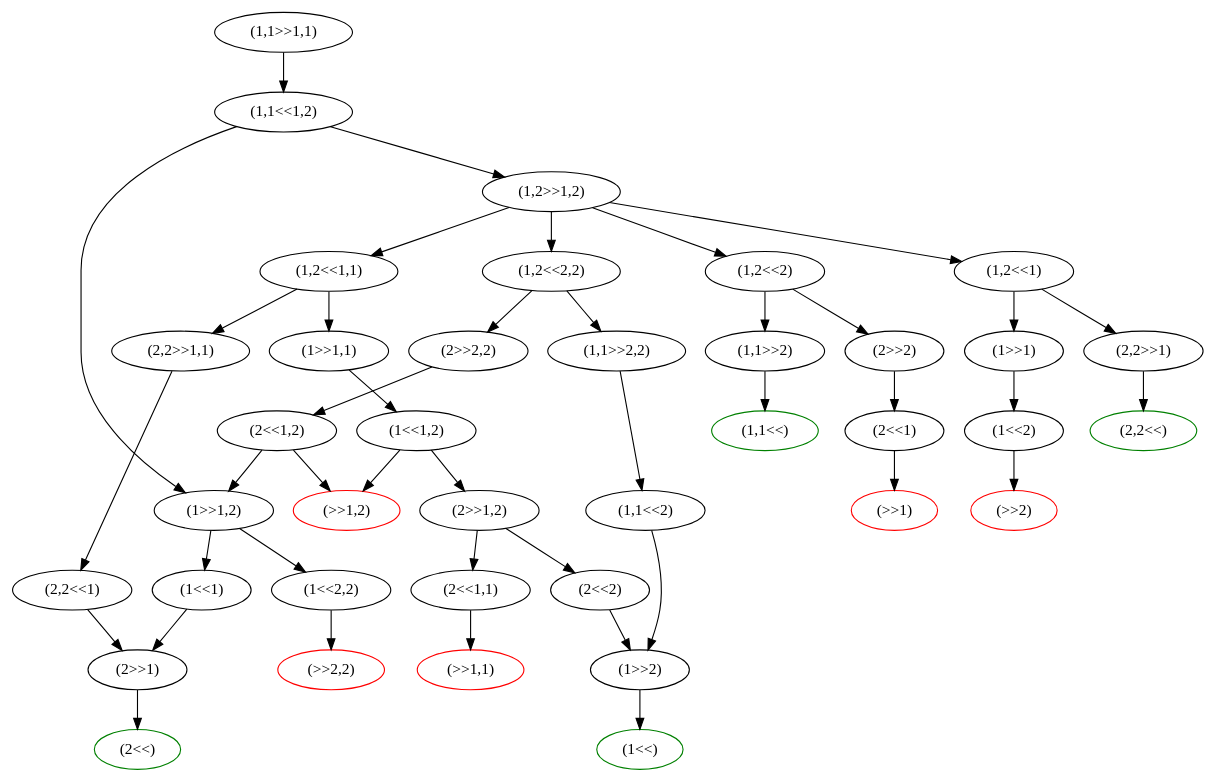
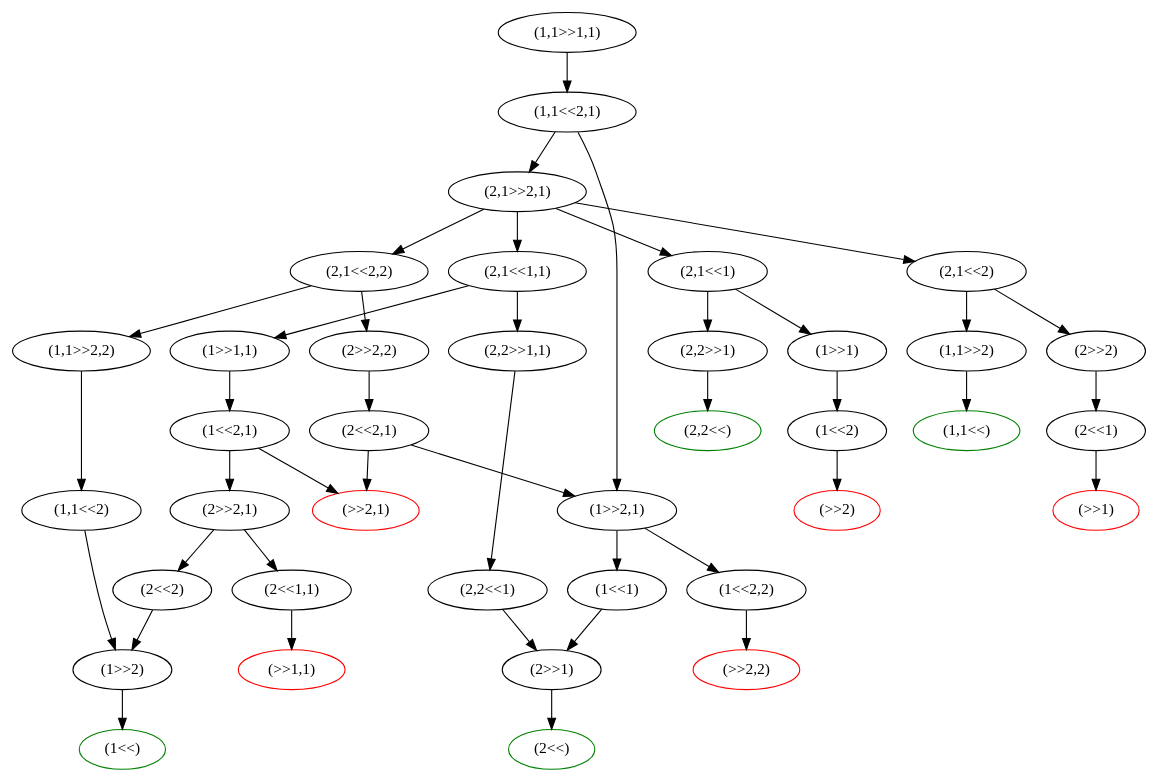
One commit to lnson/chopstix-viz changed the diagram in visualizer/game-state-3.dot. Above: the diagram before and after it, drawn with Graphviz. The commit also changed 4 other files, not shown here.

```diff
--- a/visualizer/game-state-3.dot
+++ b/visualizer/game-state-3.dot
@@ -1,118 +1,118 @@
 digraph {
 	"(1,1>>1,1)" [color=black]
-	"(1,1<<1,2)" [color=black]
-	"(1,1>>1,1)" -> "(1,1<<1,2)"
-	"(1,1<<1,2)" [color=black]
-	"(1>>1,2)" [color=black]
-	"(1,1<<1,2)" -> "(1>>1,2)"
-	"(1,2>>1,2)" [color=black]
-	"(1,1<<1,2)" -> "(1,2>>1,2)"
-	"(1,2>>1,2)" [color=black]
-	"(1,2<<2,2)" [color=black]
-	"(1,2>>1,2)" -> "(1,2<<2,2)"
-	"(1,2<<2)" [color=black]
-	"(1,2>>1,2)" -> "(1,2<<2)"
-	"(1,2<<1)" [color=black]
-	"(1,2>>1,2)" -> "(1,2<<1)"
-	"(1,2<<1,1)" [color=black]
-	"(1,2>>1,2)" -> "(1,2<<1,1)"
-	"(1,2<<1,1)" [color=black]
+	"(1,1<<2,1)" [color=black]
+	"(1,1>>1,1)" -> "(1,1<<2,1)"
+	"(1,1<<2,1)" [color=black]
+	"(2,1>>2,1)" [color=black]
+	"(1,1<<2,1)" -> "(2,1>>2,1)"
+	"(1>>2,1)" [color=black]
+	"(1,1<<2,1)" -> "(1>>2,1)"
+	"(1>>2,1)" [color=black]
+	"(1<<2,2)" [color=black]
+	"(1>>2,1)" -> "(1<<2,2)"
+	"(1<<1)" [color=black]
+	"(1>>2,1)" -> "(1<<1)"
+	"(1<<1)" [color=black]
+	"(2>>1)" [color=black]
+	"(1<<1)" -> "(2>>1)"
+	"(2>>1)" [color=black]
+	"(2<<)" [color=green]
+	"(2>>1)" -> "(2<<)"
+	"(2<<)" [color=green]
+	"(1<<2,2)" [color=black]
+	"(>>2,2)" [color=red]
+	"(1<<2,2)" -> "(>>2,2)"
+	"(>>2,2)" [color=red]
+	"(2,1>>2,1)" [color=black]
+	"(2,1<<1)" [color=black]
+	"(2,1>>2,1)" -> "(2,1<<1)"
+	"(2,1<<2)" [color=black]
+	"(2,1>>2,1)" -> "(2,1<<2)"
+	"(2,1<<1,1)" [color=black]
+	"(2,1>>2,1)" -> "(2,1<<1,1)"
+	"(2,1<<2,2)" [color=black]
+	"(2,1>>2,1)" -> "(2,1<<2,2)"
+	"(2,1<<2,2)" [color=black]
+	"(2>>2,2)" [color=black]
+	"(2,1<<2,2)" -> "(2>>2,2)"
+	"(1,1>>2,2)" [color=black]
+	"(2,1<<2,2)" -> "(1,1>>2,2)"
+	"(1,1>>2,2)" [color=black]
+	"(1,1<<2)" [color=black]
+	"(1,1>>2,2)" -> "(1,1<<2)"
+	"(1,1<<2)" [color=black]
+	"(1>>2)" [color=black]
+	"(1,1<<2)" -> "(1>>2)"
+	"(1>>2)" [color=black]
+	"(1<<)" [color=green]
+	"(1>>2)" -> "(1<<)"
+	"(1<<)" [color=green]
+	"(2>>2,2)" [color=black]
+	"(2<<2,1)" [color=black]
+	"(2>>2,2)" -> "(2<<2,1)"
+	"(2<<2,1)" [color=black]
+	"(>>2,1)" [color=red]
+	"(2<<2,1)" -> "(>>2,1)"
+	"(2<<2,1)" -> "(1>>2,1)"
+	"(>>2,1)" [color=red]
+	"(2,1<<1,1)" [color=black]
+	"(2,2>>1,1)" [color=black]
+	"(2,1<<1,1)" -> "(2,2>>1,1)"
 	"(1>>1,1)" [color=black]
-	"(1,2<<1,1)" -> "(1>>1,1)"
-	"(2,2>>1,1)" [color=black]
-	"(1,2<<1,1)" -> "(2,2>>1,1)"
+	"(2,1<<1,1)" -> "(1>>1,1)"
+	"(1>>1,1)" [color=black]
+	"(1<<2,1)" [color=black]
+	"(1>>1,1)" -> "(1<<2,1)"
+	"(1<<2,1)" [color=black]
+	"(2>>2,1)" [color=black]
+	"(1<<2,1)" -> "(2>>2,1)"
+	"(1<<2,1)" -> "(>>2,1)"
+	"(2>>2,1)" [color=black]
+	"(2<<1,1)" [color=black]
+	"(2>>2,1)" -> "(2<<1,1)"
+	"(2<<2)" [color=black]
+	"(2>>2,1)" -> "(2<<2)"
+	"(2<<2)" [color=black]
+	"(2<<2)" -> "(1>>2)"
+	"(2<<1,1)" [color=black]
+	"(>>1,1)" [color=red]
+	"(2<<1,1)" -> "(>>1,1)"
+	"(>>1,1)" [color=red]
 	"(2,2>>1,1)" [color=black]
 	"(2,2<<1)" [color=black]
 	"(2,2>>1,1)" -> "(2,2<<1)"
 	"(2,2<<1)" [color=black]
-	"(2>>1)" [color=black]
 	"(2,2<<1)" -> "(2>>1)"
-	"(2>>1)" [color=black]
-	"(2<<)" [color=green]
-	"(2>>1)" -> "(2<<)"
-	"(2<<)" [color=green]
-	"(1>>1,1)" [color=black]
-	"(1<<1,2)" [color=black]
-	"(1>>1,1)" -> "(1<<1,2)"
-	"(1<<1,2)" [color=black]
-	"(>>1,2)" [color=red]
-	"(1<<1,2)" -> "(>>1,2)"
-	"(2>>1,2)" [color=black]
-	"(1<<1,2)" -> "(2>>1,2)"
-	"(2>>1,2)" [color=black]
-	"(2<<1,1)" [color=black]
-	"(2>>1,2)" -> "(2<<1,1)"
-	"(2<<2)" [color=black]
-	"(2>>1,2)" -> "(2<<2)"
-	"(2<<2)" [color=black]
-	"(1>>2)" [color=black]
-	"(2<<2)" -> "(1>>2)"
-	"(1>>2)" [color=black]
-	"(1<<)" [color=green]
-	"(1>>2)" -> "(1<<)"
-	"(1<<)" [color=green]
-	"(2<<1,1)" [color=black]
-	"(>>1,1)" [color=red]
-	"(2<<1,1)" -> "(>>1,1)"
-	"(>>1,1)" [color=red]
-	"(>>1,2)" [color=red]
-	"(1,2<<1)" [color=black]
+	"(2,1<<2)" [color=black]
+	"(2>>2)" [color=black]
+	"(2,1<<2)" -> "(2>>2)"
+	"(1,1>>2)" [color=black]
+	"(2,1<<2)" -> "(1,1>>2)"
+	"(1,1>>2)" [color=black]
+	"(1,1<<)" [color=green]
+	"(1,1>>2)" -> "(1,1<<)"
+	"(1,1<<)" [color=green]
+	"(2>>2)" [color=black]
+	"(2<<1)" [color=black]
+	"(2>>2)" -> "(2<<1)"
+	"(2<<1)" [color=black]
+	"(>>1)" [color=red]
+	"(2<<1)" -> "(>>1)"
+	"(>>1)" [color=red]
+	"(2,1<<1)" [color=black]
 	"(2,2>>1)" [color=black]
-	"(1,2<<1)" -> "(2,2>>1)"
+	"(2,1<<1)" -> "(2,2>>1)"
 	"(1>>1)" [color=black]
-	"(1,2<<1)" -> "(1>>1)"
+	"(2,1<<1)" -> "(1>>1)"
 	"(1>>1)" [color=black]
 	"(1<<2)" [color=black]
 	"(1>>1)" -> "(1<<2)"
 	"(1<<2)" [color=black]
 	"(>>2)" [color=red]
 	"(1<<2)" -> "(>>2)"
 	"(>>2)" [color=red]
 	"(2,2>>1)" [color=black]
 	"(2,2<<)" [color=green]
 	"(2,2>>1)" -> "(2,2<<)"
 	"(2,2<<)" [color=green]
-	"(1,2<<2)" [color=black]
-	"(1,1>>2)" [color=black]
-	"(1,2<<2)" -> "(1,1>>2)"
-	"(2>>2)" [color=black]
-	"(1,2<<2)" -> "(2>>2)"
-	"(2>>2)" [color=black]
-	"(2<<1)" [color=black]
-	"(2>>2)" -> "(2<<1)"
-	"(2<<1)" [color=black]
-	"(>>1)" [color=red]
-	"(2<<1)" -> "(>>1)"
-	"(>>1)" [color=red]
-	"(1,1>>2)" [color=black]
-	"(1,1<<)" [color=green]
-	"(1,1>>2)" -> "(1,1<<)"
-	"(1,1<<)" [color=green]
-	"(1,2<<2,2)" [color=black]
-	"(1,1>>2,2)" [color=black]
-	"(1,2<<2,2)" -> "(1,1>>2,2)"
-	"(2>>2,2)" [color=black]
-	"(1,2<<2,2)" -> "(2>>2,2)"
-	"(2>>2,2)" [color=black]
-	"(2<<1,2)" [color=black]
-	"(2>>2,2)" -> "(2<<1,2)"
-	"(2<<1,2)" [color=black]
-	"(2<<1,2)" -> "(>>1,2)"
-	"(2<<1,2)" -> "(1>>1,2)"
-	"(1,1>>2,2)" [color=black]
-	"(1,1<<2)" [color=black]
-	"(1,1>>2,2)" -> "(1,1<<2)"
-	"(1,1<<2)" [color=black]
-	"(1,1<<2)" -> "(1>>2)"
-	"(1>>1,2)" [color=black]
-	"(1<<1)" [color=black]
-	"(1>>1,2)" -> "(1<<1)"
-	"(1<<2,2)" [color=black]
-	"(1>>1,2)" -> "(1<<2,2)"
-	"(1<<2,2)" [color=black]
-	"(>>2,2)" [color=red]
-	"(1<<2,2)" -> "(>>2,2)"
-	"(>>2,2)" [color=red]
-	"(1<<1)" [color=black]
-	"(1<<1)" -> "(2>>1)"
 }
```
